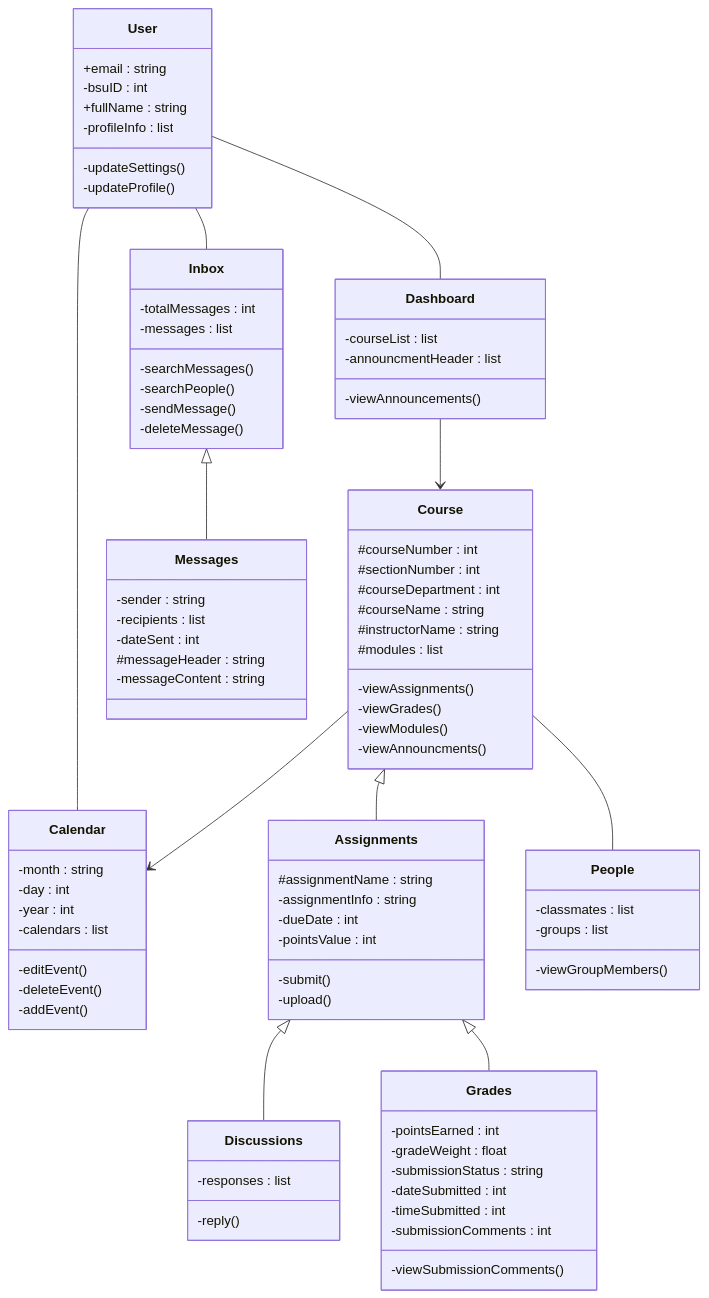
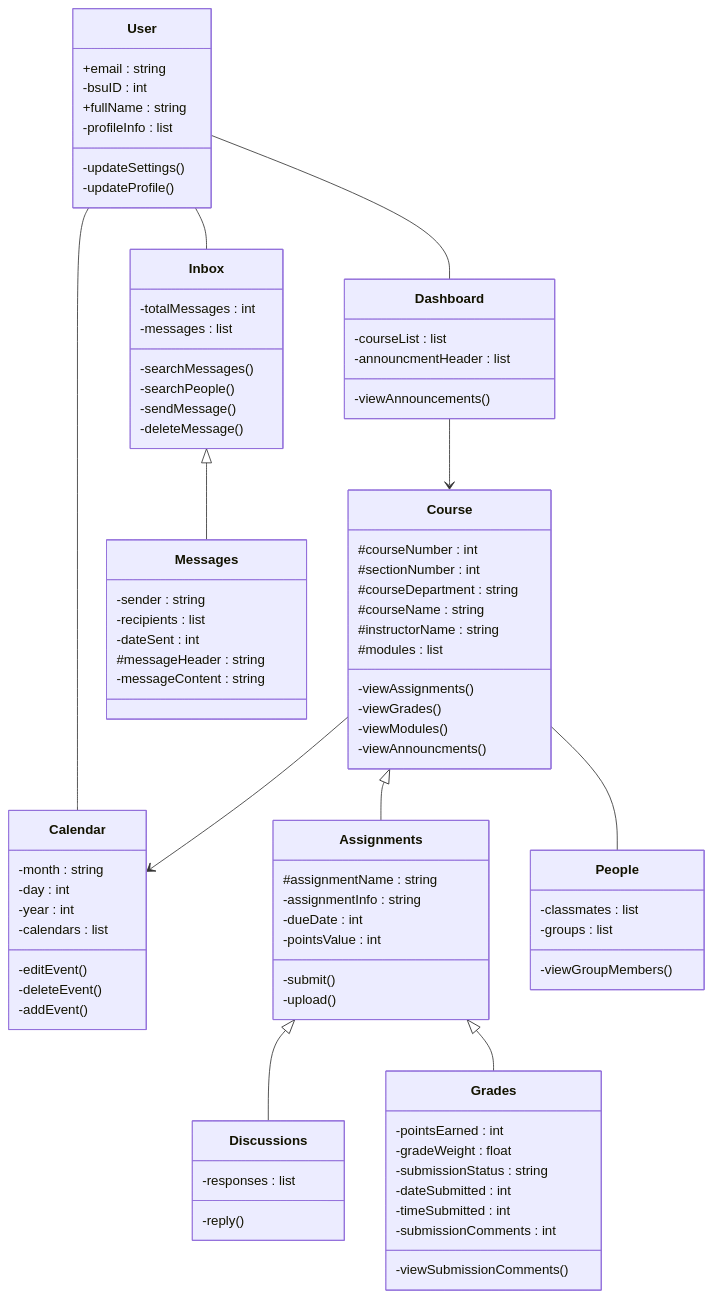
One commit to 222tia/Canvas changed the diagram in DomainModel/DomainModel.md. Above: the diagram before and after it, drawn with Mermaid. The commit also changed 2 other files, not shown here.

Commit message:
add dashboard and course class

```diff
--- a/DomainModel/DomainModel.md
+++ b/DomainModel/DomainModel.md
@@ -50,7 +50,7 @@
     class Course {
         #courseNumber : int
         #sectionNumber : int
-        #courseDepartment : int
+        #courseDepartment : string
         #courseName : string
         #instructorName : string
         #modules : list<string>
```
